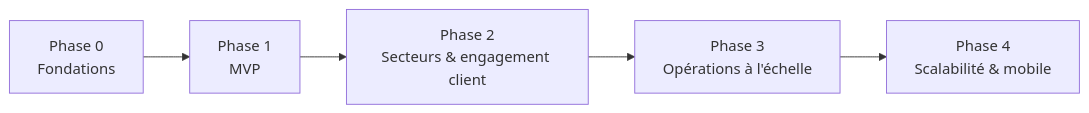
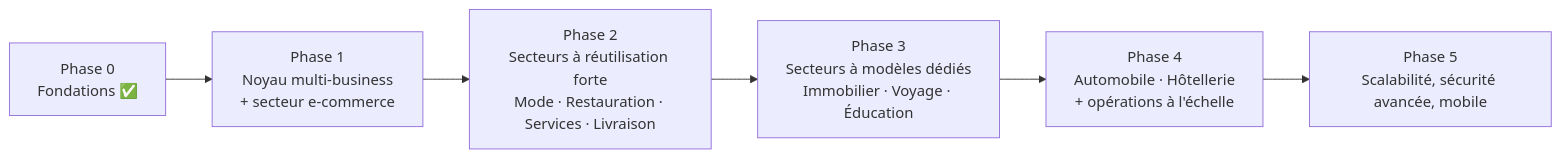
The diagram in docs/09-plan-developpement.md (Amadoujf/SAAS), drawn with Mermaid before and after one commit. The commit also changed other lines of this file and 7 other files, not shown here.

First line of the commit message:
Conception: architecture multi-business (secteurs, modules, templates, éditeur visuel)

````diff
--- a/docs/09-plan-developpement.md
+++ b/docs/09-plan-developpement.md
@@ -3,7 +5,8 @@
 ```mermaid
 graph LR
-    P0[Phase 0<br/>Fondations] --> P1[Phase 1<br/>MVP]
-    P1 --> P2[Phase 2<br/>Secteurs & engagement client]
-    P2 --> P3[Phase 3<br/>Opérations à l'échelle]
-    P3 --> P4[Phase 4<br/>Scalabilité & mobile]
+    P0[Phase 0<br/>Fondations ✅] --> P1[Phase 1<br/>Noyau multi-business<br/>+ secteur e-commerce]
+    P1 --> P2[Phase 2<br/>Secteurs à réutilisation forte<br/>Mode · Restauration · Services · Livraison]
+    P2 --> P3[Phase 3<br/>Secteurs à modèles dédiés<br/>Immobilier · Voyage · Éducation]
+    P3 --> P4[Phase 4<br/>Automobile · Hôtellerie<br/>+ opérations à l'échelle]
+    P4 --> P5[Phase 5<br/>Scalabilité, sécurité avancée, mobile]
 ```
````
